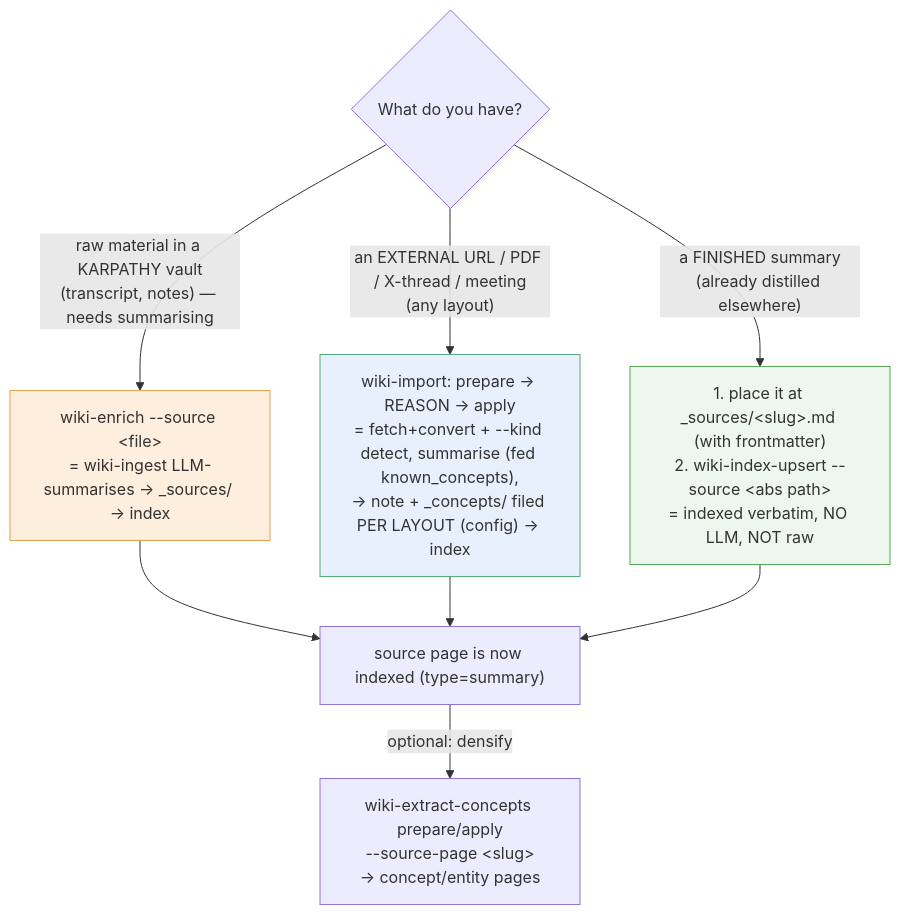
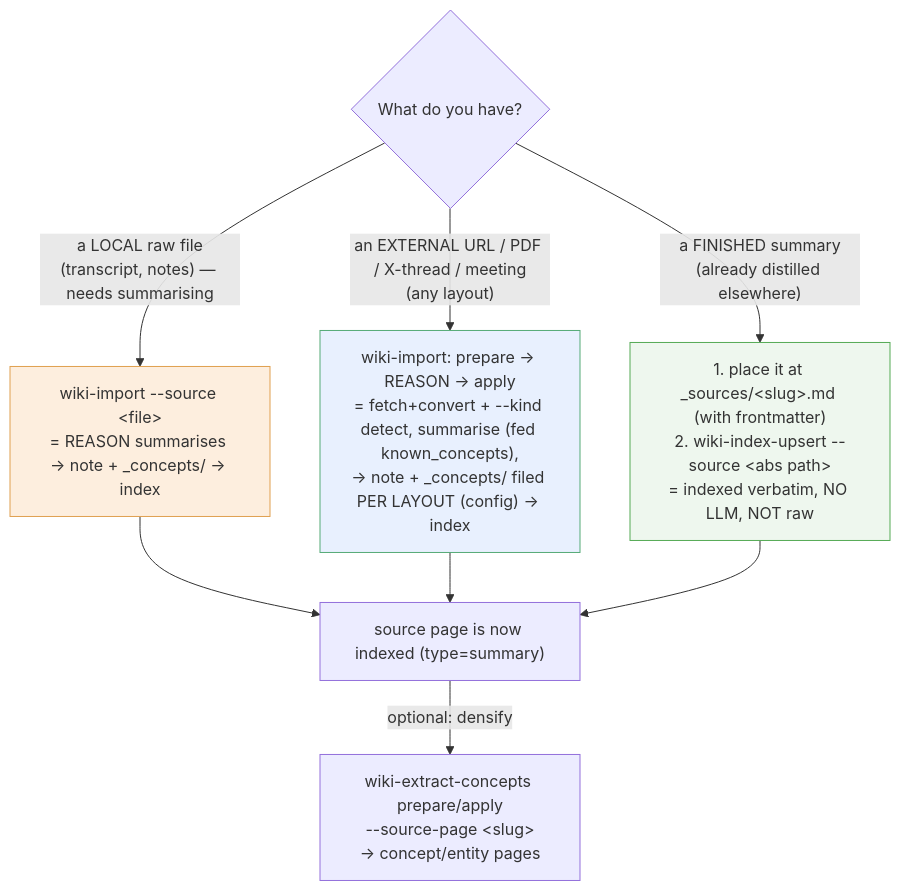
Before and after one commit to MatrixFounder/llm-wiki: the third of 8 diagrams in docs/manuals/obsidian-llm-wiki_manual.md, drawn with Mermaid. The commit also changed other lines of this file and 17 other files, not shown here.

First line of the commit message:
docs: de-vendor manuals/ROADMAP, archive pre-impl planning specs, refresh data-model infographic

````diff
--- a/docs/manuals/obsidian-llm-wiki_manual.md
+++ b/docs/manuals/obsidian-llm-wiki_manual.md
@@ -429,17 +429,17 @@
 ```mermaid
 flowchart TD
     Q{"What do you have?"}
-    Q -->|"raw material in a KARPATHY vault<br/>(transcript, notes) — needs summarising"| ENR["wiki-enrich --source &lt;file&gt;<br/>= wiki-ingest LLM-summarises → _sources/ → index"]
+    Q -->|"a LOCAL raw file<br/>(transcript, notes) — needs summarising"| ENR["wiki-import --source &lt;file&gt;<br/>= REASON summarises → note + _concepts/ → index"]
     Q -->|"an EXTERNAL URL / PDF / X-thread / meeting<br/>(any layout)"| IMP["wiki-import: prepare → REASON → apply<br/>= fetch+convert + --kind detect, summarise (fed known_concepts),<br/>→ note + _concepts/ filed PER LAYOUT (config) → index"]
     Q -->|"a FINISHED summary<br/>(already distilled elsewhere)"| REG["1. place it at _sources/&lt;slug&gt;.md (with frontmatter)<br/>2. wiki-index-upsert --source &lt;abs path&gt;<br/>= indexed verbatim, NO LLM, NOT raw"]
     ENR --> IDX["source page is now indexed (type=summary)"]
     IMP --> IDX
     REG --> IDX
     IDX -->|"optional: densify"| EXT["wiki-extract-concepts prepare/apply<br/>--source-page &lt;slug&gt;<br/>→ concept/entity pages"]
     classDef raw fill:#fdeede,stroke:#e0a050;
     classDef premade fill:#eef7ee,stroke:#5a5;
     classDef para fill:#e8f0fe,stroke:#5a7;
     class ENR raw;
     class REG premade;
     class IMP para;
 ```
````
